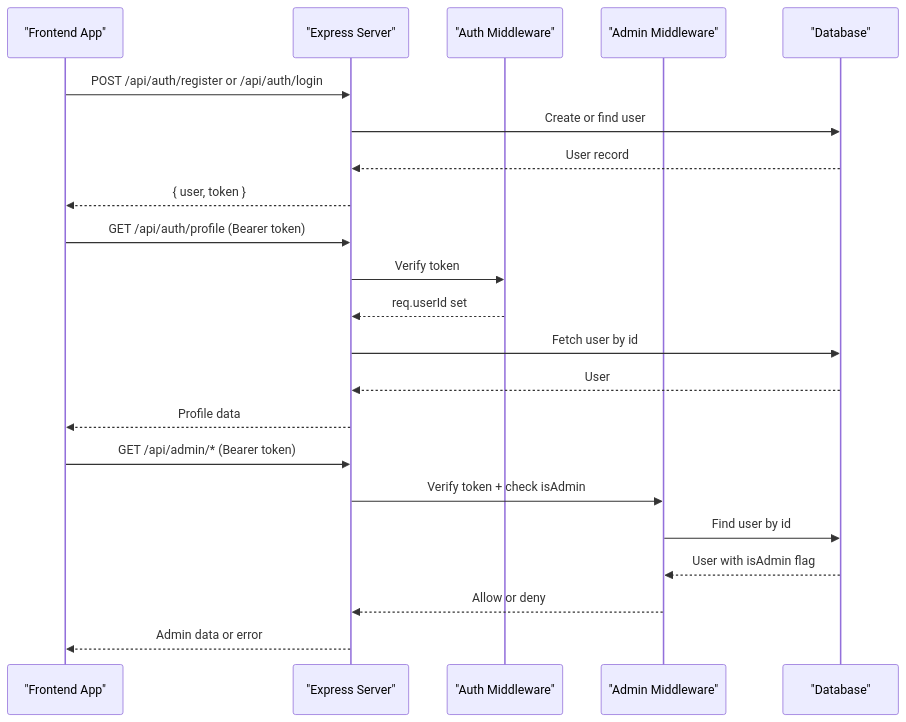
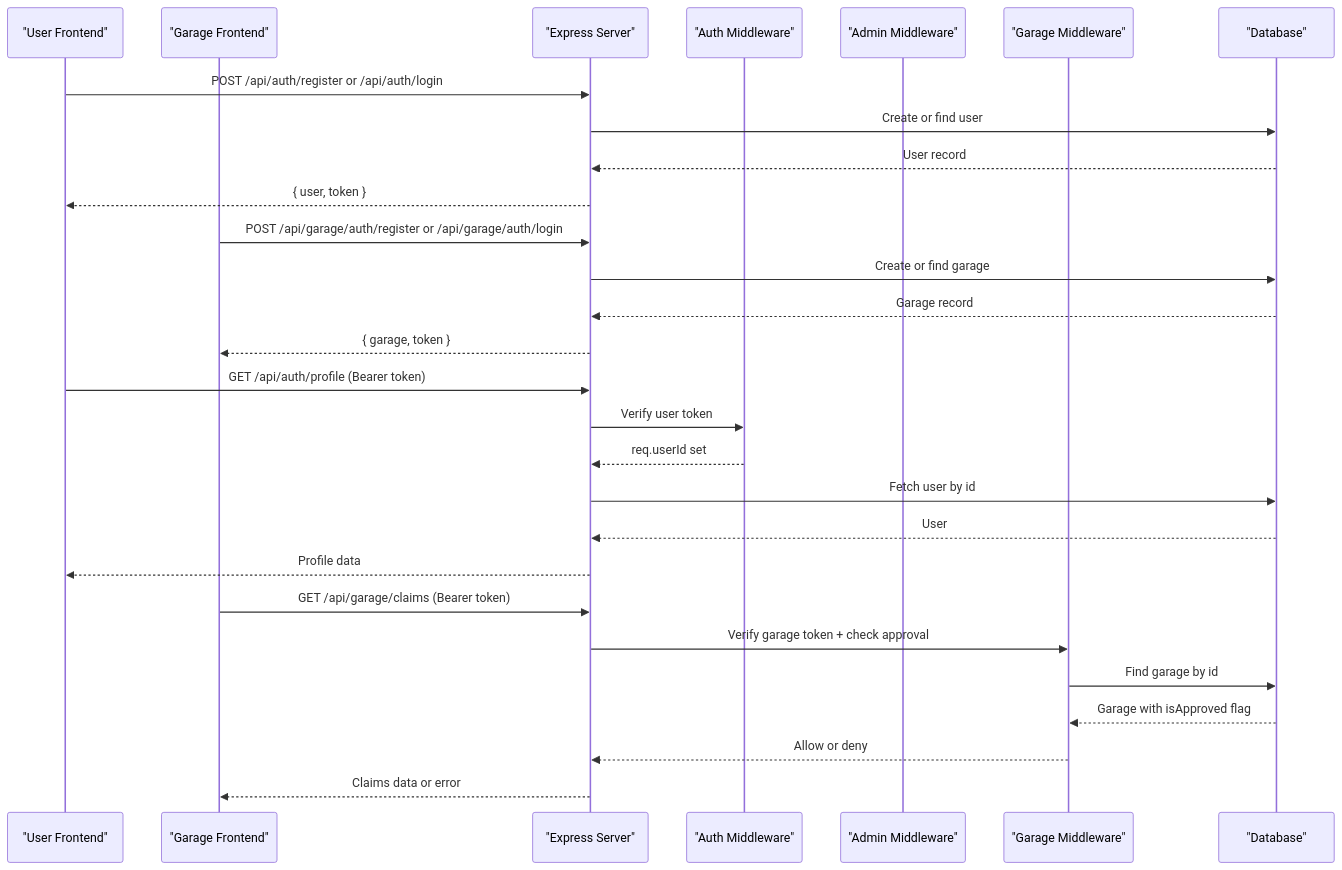
The second of 10 diagrams in .qoder/repowiki/en/content/Backend Documentation/Authentication & Authorization.md (NaveenHiranya/Smart-Vehicle-Insurance-Claim-System), drawn with Mermaid before and after one commit. The commit also changed other lines of this file and 87 other files, not shown here.

````diff
--- a/.qoder/repowiki/en/content/Backend Documentation/Authentication & Authorization.md
+++ b/.qoder/repowiki/en/content/Backend Documentation/Authentication & Authorization.md
@@ -123,24 +174,30 @@
 ```mermaid
 sequenceDiagram
-participant FE as "Frontend App"
+participant FE_User as "User Frontend"
+participant FE_Garage as "Garage Frontend"
 participant API as "Express Server"
 participant AUTH as "Auth Middleware"
 participant ADM as "Admin Middleware"
+participant GARAGE as "Garage Middleware"
 participant DB as "Database"
-FE->>API : POST /api/auth/register or /api/auth/login
+FE_User->>API : POST /api/auth/register or /api/auth/login
 API->>DB : Create or find user
 DB-->>API : User record
-API-->>FE : { user, token }
-FE->>API : GET /api/auth/profile (Bearer token)
-API->>AUTH : Verify token
+API-->>FE_User : { user, token }
+FE_Garage->>API : POST /api/garage/auth/register or /api/garage/auth/login
+API->>DB : Create or find garage
+DB-->>API : Garage record
+API-->>FE_Garage : { garage, token }
+FE_User->>API : GET /api/auth/profile (Bearer token)
+API->>AUTH : Verify user token
 AUTH-->>API : req.userId set
 API->>DB : Fetch user by id
 DB-->>API : User
-API-->>FE : Profile data
-FE->>API : GET /api/admin/* (Bearer token)
-API->>ADM : Verify token + check isAdmin
-ADM->>DB : Find user by id
-DB-->>ADM : User with isAdmin flag
-ADM-->>API : Allow or deny
-API-->>FE : Admin data or error
+API-->>FE_User : Profile data
+FE_Garage->>API : GET /api/garage/claims (Bearer token)
+API->>GARAGE : Verify garage token + check approval
+GARAGE->>DB : Find garage by id
+DB-->>GARAGE : Garage with isApproved flag
+GARAGE-->>API : Allow or deny
+API-->>FE_Garage : Claims data or error
 ```
````
